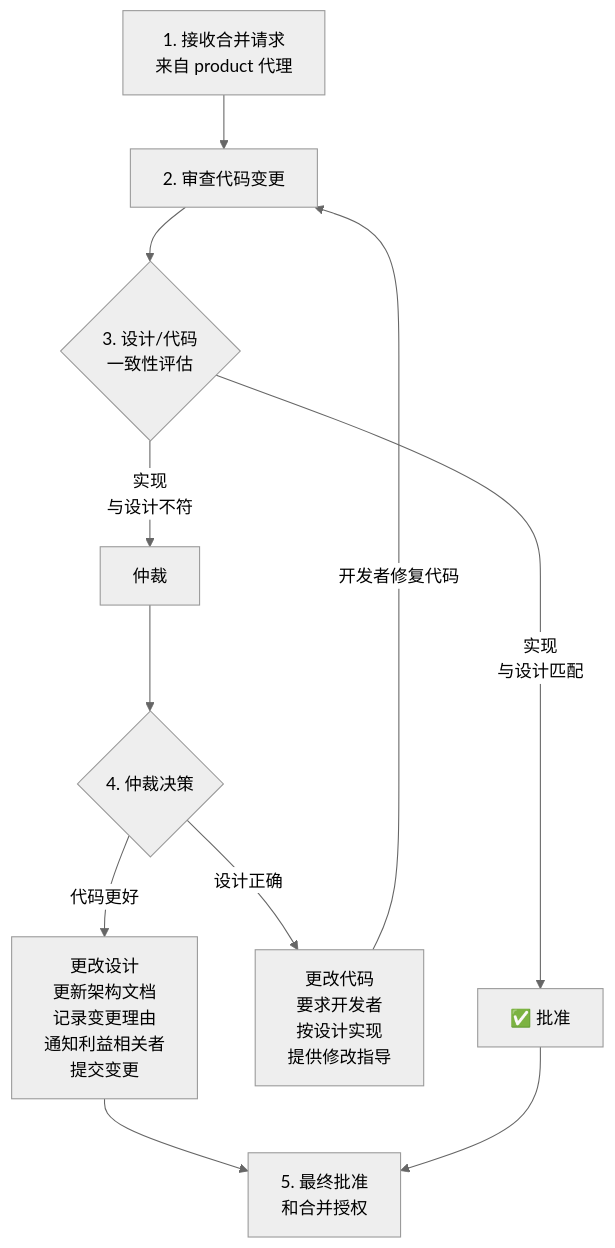
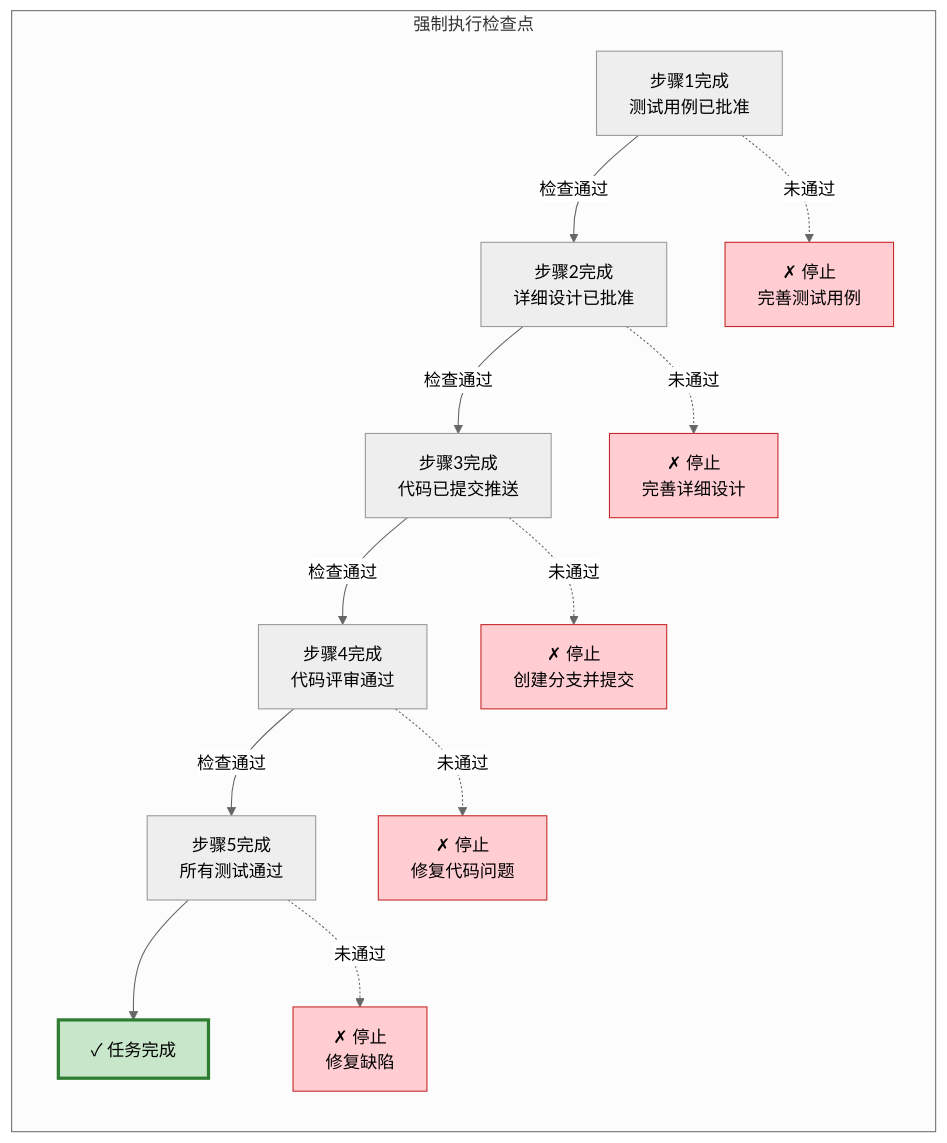
One commit to hoolheart/opencode changed the fifth of 7 diagrams in docs/dev_team_zh.md. Above: the diagram before and after it, drawn with Mermaid (neutral theme). The commit also changed other lines of this file and 11 other files, not shown here.

````diff
--- a/docs/dev_team_zh.md
+++ b/docs/dev_team_zh.md
@@ -271,15 +246,23 @@
 ```mermaid
-flowchart TD
-    A[1. 接收合并请求<br/>来自 product 代理] --> B[2. 审查代码变更]
-    B --> C{3. 设计/代码<br/>一致性评估}
-    C -->|实现<br/>与设计匹配| D[✅ 批准]
-    C -->|实现<br/>与设计不符| E[仲裁]
-
-    E --> F{4. 仲裁决策}
-    F -->|设计正确| G[更改代码<br/>要求开发者<br/>按设计实现<br/>提供修改指导]
-    F -->|代码更好| H[更改设计<br/>更新架构文档<br/>记录变更理由<br/>通知利益相关者<br/>提交变更]
-
-    G --> |开发者修复代码| B
-    H --> I[5. 最终批准<br/>和合并授权]
-    D --> I
+flowchart LR
+    subgraph "强制执行检查点"
+        A["步骤1完成<br/>测试用例已批准"] -->|检查通过| B["步骤2完成<br/>详细设计已批准"]
+        B -->|检查通过| C["步骤3完成<br/>代码已提交推送"]
+        C -->|检查通过| D["步骤4完成<br/>代码评审通过"]
+        D -->|检查通过| E["步骤5完成<br/>所有测试通过"]
+        E --> F["✓ 任务完成"]
+        
+        A -.->|未通过| Stop1["✗ 停止<br/>完善测试用例"]
+        B -.->|未通过| Stop2["✗ 停止<br/>完善详细设计"]
+        C -.->|未通过| Stop3["✗ 停止<br/>创建分支并提交"]
+        D -.->|未通过| Stop4["✗ 停止<br/>修复代码问题"]
+        E -.->|未通过| Stop5["✗ 停止<br/>修复缺陷"]
+    end
+    
+    style F fill:#c8e6c9,stroke:#2e7d32,stroke-width:3px
+    style Stop1 fill:#ffcdd2,stroke:#c62828
+    style Stop2 fill:#ffcdd2,stroke:#c62828
+    style Stop3 fill:#ffcdd2,stroke:#c62828
+    style Stop4 fill:#ffcdd2,stroke:#c62828
+    style Stop5 fill:#ffcdd2,stroke:#c62828
 ```
````
